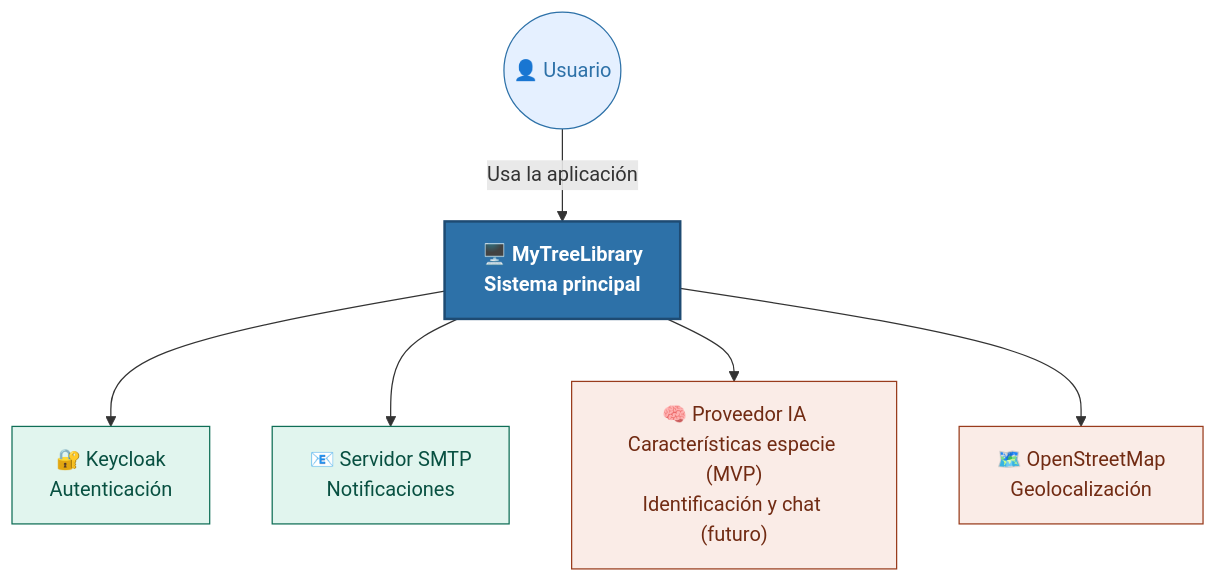
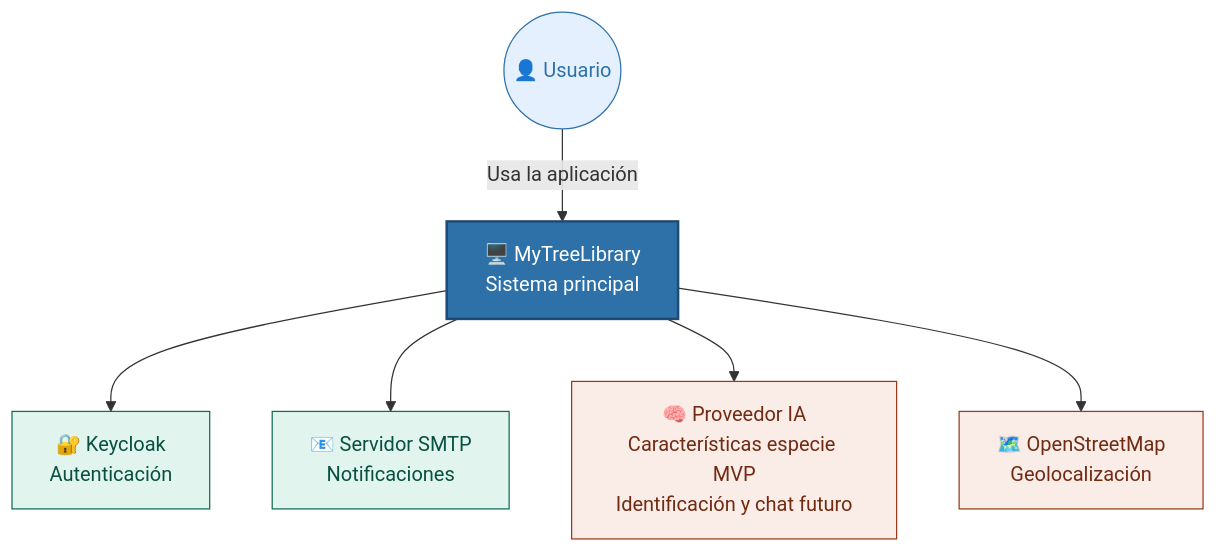
Before and after one commit to ldefrutos1/AI4Devs-finalproject: the first of 19 diagrams in readme.md, drawn with Mermaid. The commit also changed other lines of this file, not shown here.

Commit message:
Corrección diagrama C1

````diff
--- a/readme.md
+++ b/readme.md
@@ -87,21 +87,21 @@
 ```mermaid
 flowchart TB
-    classDef user fill:#E5F0FF,stroke:#2D71A8,stroke-width:1px,color:#2D71A8
-    classDef system fill:#2D71A8,stroke:#1E4B73,stroke-width:2px,color:#FFF,font-weight:bold
-    classDef soporte fill:#E1F5EE,stroke:#0F6E56,stroke-width:1px,color:#085041
-    classDef externo fill:#FAECE7,stroke:#993C1D,stroke-width:1px,color:#712B13
+    classDef user fill:#E5F0FF,stroke:#2D71A8,stroke-width:1px,color:#2D71A8;
+    classDef system fill:#2D71A8,stroke:#1E4B73,stroke-width:2px,color:#FFF;
+    classDef soporte fill:#E1F5EE,stroke:#0F6E56,stroke-width:1px,color:#085041;
+    classDef externo fill:#FAECE7,stroke:#993C1D,stroke-width:1px,color:#712B13;
 
     U(("👤 Usuario")):::user
     S["🖥️ MyTreeLibrary<br>Sistema principal"]:::system
 
     KC["🔐 Keycloak<br>Autenticación"]:::soporte
     SMTP["📧 Servidor SMTP<br>Notificaciones"]:::soporte
-    PIA["🧠 Proveedor IA<br>Características especie (MVP)<br>Identificación y chat (futuro)"]:::externo
+    PIA["🧠 Proveedor IA<br>Características especie MVP<br>Identificación y chat futuro"]:::externo
     MAP["🗺️ OpenStreetMap<br>Geolocalización"]:::externo
 
     U -->|Usa la aplicación| S
     S --> KC
     S --> SMTP
     S --> PIA
     S --> MAP
 ```
````
